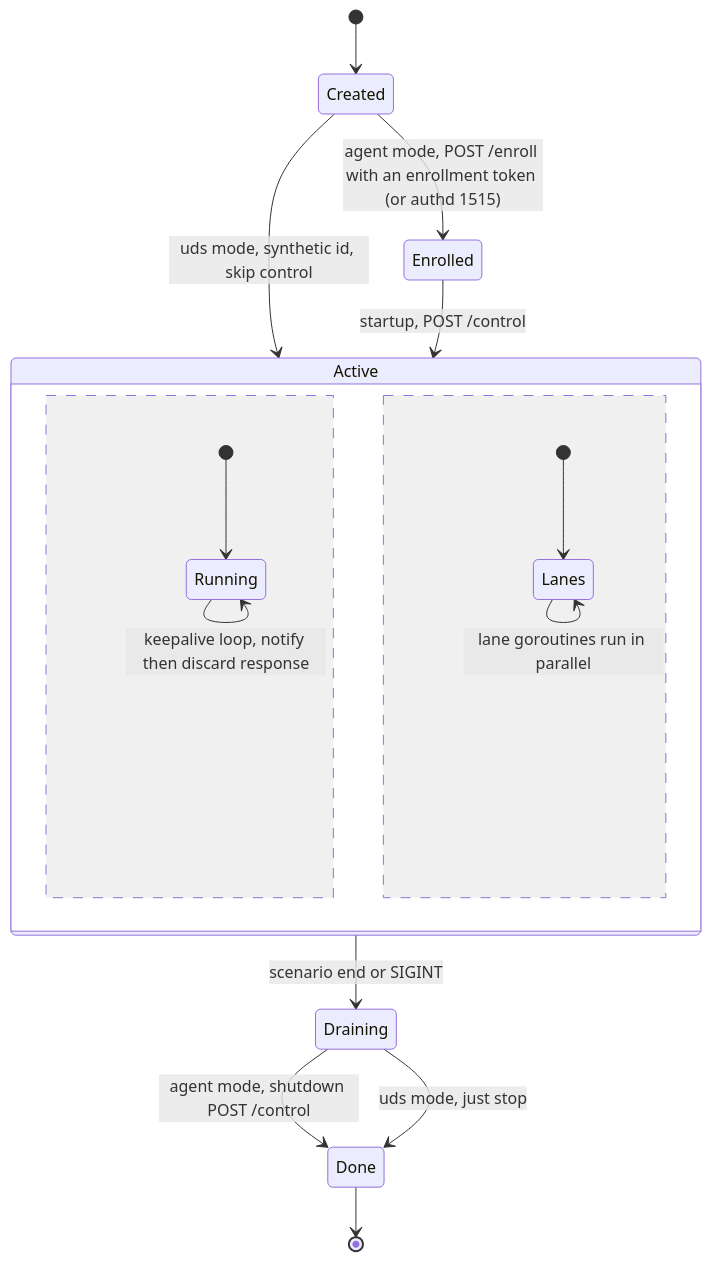
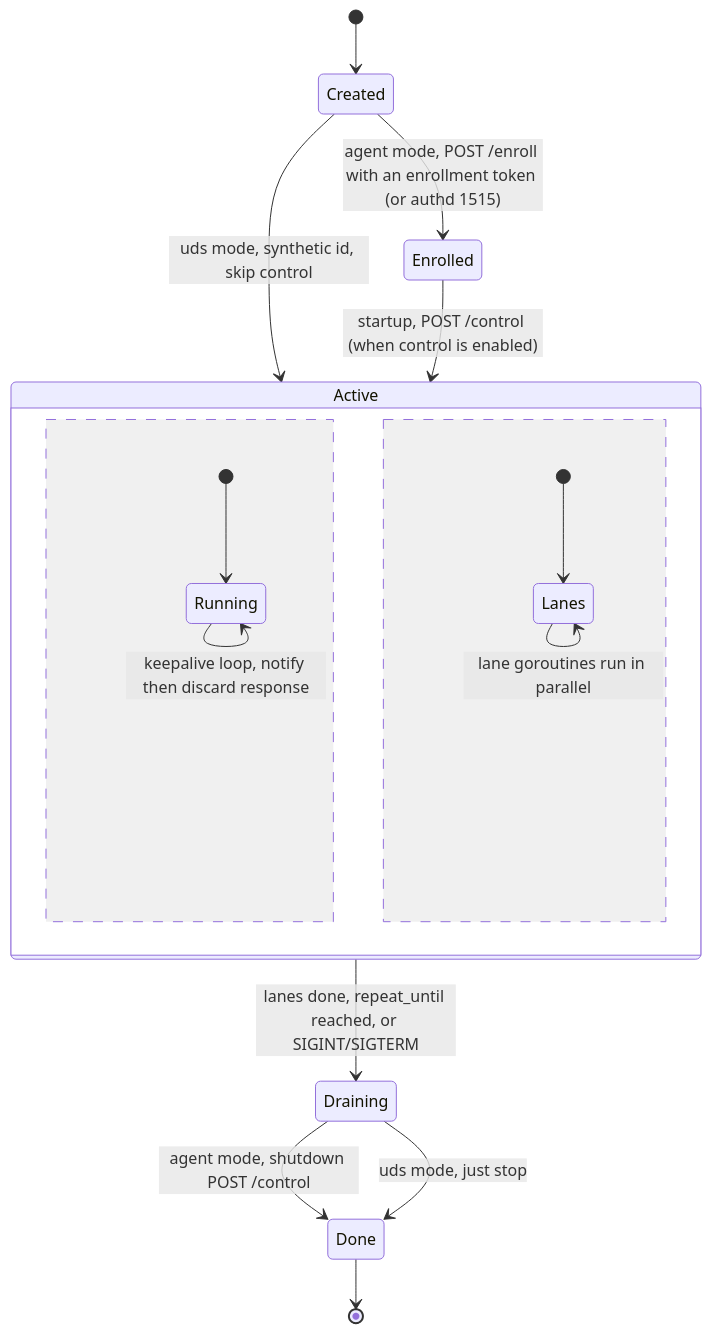
One commit to wazuh/wazuh changed the first of 2 diagrams in tools/manager_benchmark/tool_simulator/docu/06-agent-state-machine.md. Above: the diagram before and after it, drawn with Mermaid. The commit also changed other lines of this file and 232 other files, not shown here.

````diff
--- a/tools/manager_benchmark/tool_simulator/docu/06-agent-state-machine.md
+++ b/tools/manager_benchmark/tool_simulator/docu/06-agent-state-machine.md
@@ -22,20 +25,20 @@
 ```mermaid
 stateDiagram-v2
     [*] --> Created
     Created --> Enrolled: agent mode, POST /enroll with an enrollment token (or authd 1515)
     Created --> Active: uds mode, synthetic id, skip control
-    Enrolled --> Active: startup, POST /control
+    Enrolled --> Active: startup, POST /control (when control is enabled)
 
     state Active {
         [*] --> Running
         Running --> Running: keepalive loop, notify then discard response
         --
         [*] --> Lanes
         Lanes --> Lanes: lane goroutines run in parallel
     }
 
-    Active --> Draining: scenario end or SIGINT
+    Active --> Draining: lanes done, repeat_until reached, or SIGINT/SIGTERM
     Draining --> Done: agent mode, shutdown POST /control
     Draining --> Done: uds mode, just stop
     Done --> [*]
 ```
````
